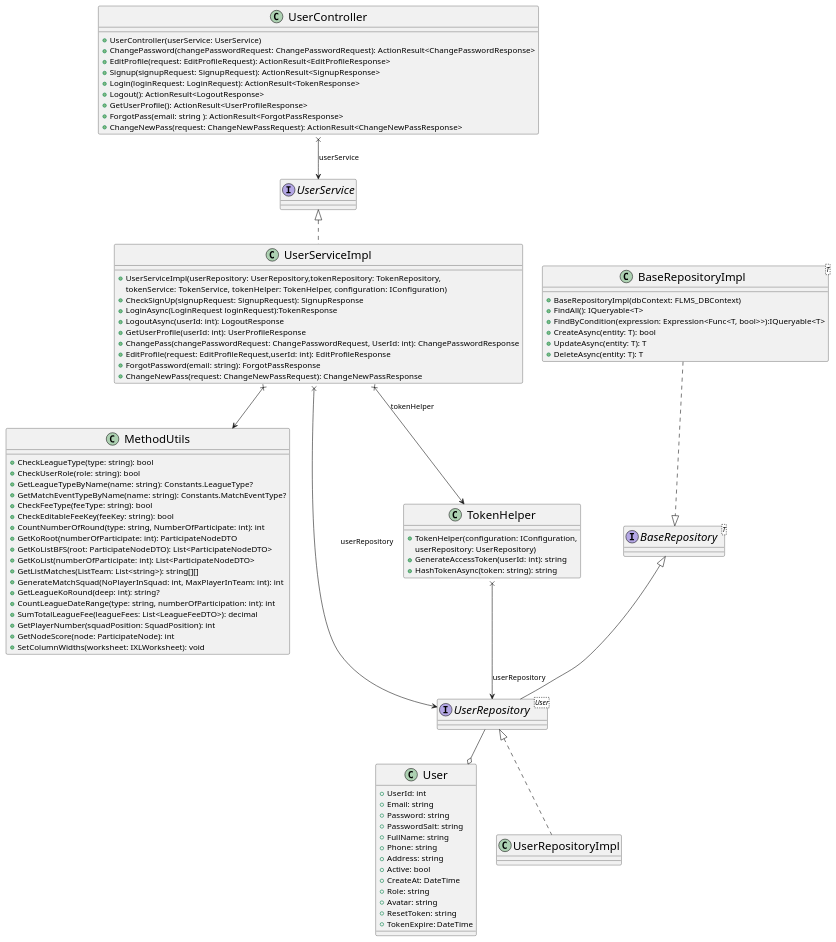
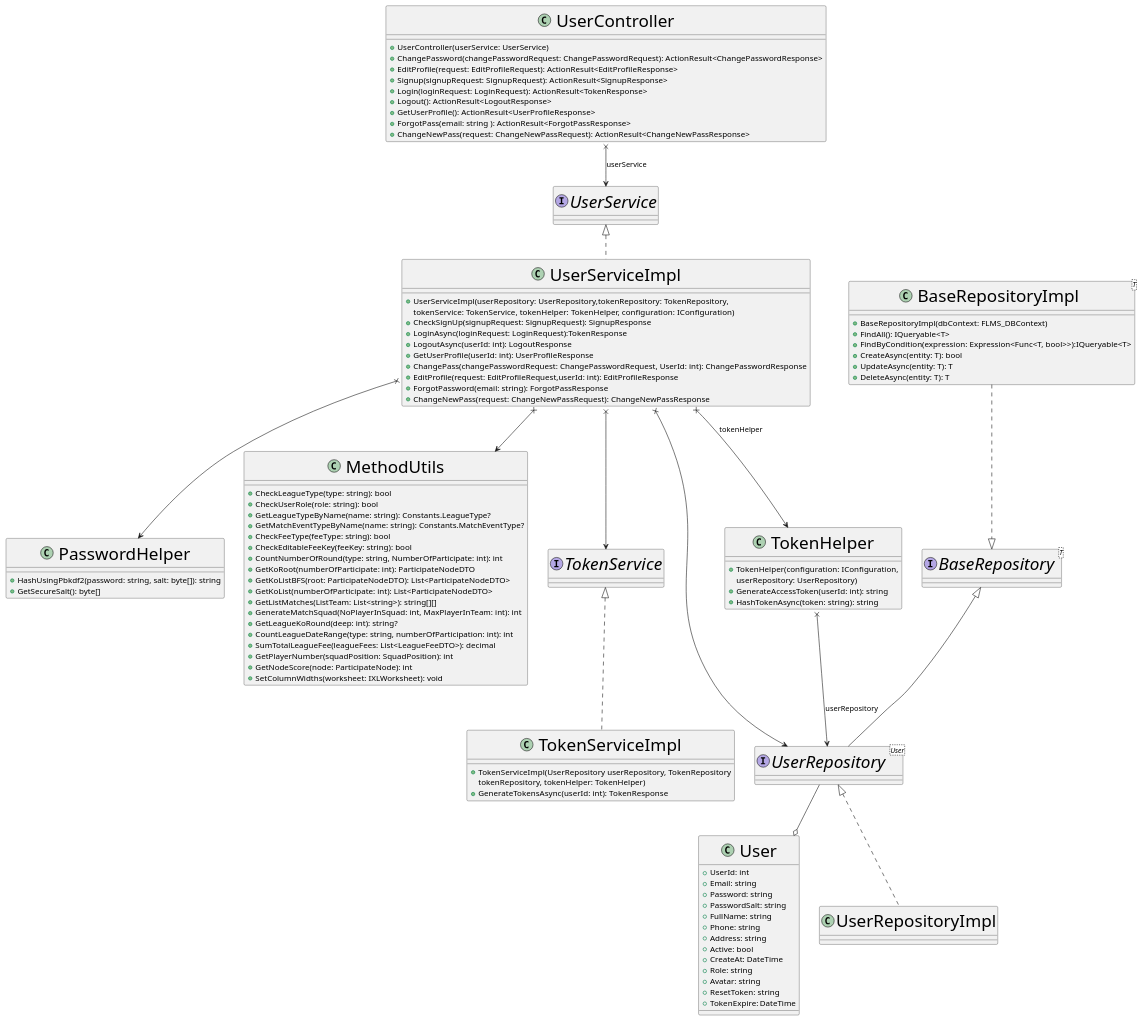
The diagram in Common_feature_for_logged_user/Class_diagram/common_feature_for_logged_user.puml (envydiace/FLMS_Diagram), drawn with PlantUML before and after one commit. The commit also changed 7 other files, not shown here.

```diff
--- a/Common_feature_for_logged_user/Class_diagram/common_feature_for_logged_user.puml
+++ b/Common_feature_for_logged_user/Class_diagram/common_feature_for_logged_user.puml
@@ -1,103 +1,113 @@
 @startuml Common feature for logged user 
 
-skinparam classFontSize 20
+skinparam classFontSize 30
 
 class User {
   +UserId: int
   +Email: string
   +Password: string
   +PasswordSalt: string
   +FullName: string
   +Phone: string
   +Address: string
   +Active: bool
   +CreateAt: DateTime
   +Role: string
   +Avatar: string
   +ResetToken: string
   +TokenExpire:	DateTime
 }
 
-' class PasswordHelper {
-'   +HashUsingPbkdf2(password: string, salt: byte[]): string
-' }
+class PasswordHelper {
+  +HashUsingPbkdf2(password: string, salt: byte[]): string
+  +GetSecureSalt(): byte[] 
+}
 
 class MethodUtils{
   +CheckLeagueType(type: string): bool
   +CheckUserRole(role: string): bool
   +GetLeagueTypeByName(name: string): Constants.LeagueType?
   +GetMatchEventTypeByName(name: string): Constants.MatchEventType?
   +CheckFeeType(feeType: string): bool
   +CheckEditableFeeKey(feeKey: string): bool
   +CountNumberOfRound(type: string, NumberOfParticipate: int): int
   +GetKoRoot(numberOfParticipate: int): ParticipateNodeDTO
   +GetKoListBFS(root: ParticipateNodeDTO): List<ParticipateNodeDTO>
   +GetKoList(numberOfParticipate: int): List<ParticipateNodeDTO>
   +GetListMatches(ListTeam: List<string>): string[][]
   +GenerateMatchSquad(NoPlayerInSquad: int, MaxPlayerInTeam: int): int
   +GetLeagueKoRound(deep: int): string?
   +CountLeagueDateRange(type: string, numberOfParticipation: int): int
   +SumTotalLeagueFee(leagueFees: List<LeagueFeeDTO>): decimal
   +GetPlayerNumber(squadPosition: SquadPosition): int
   +GetNodeScore(node: ParticipateNode): int
   +SetColumnWidths(worksheet: IXLWorksheet): void
 }
 
 class UserController {
   +UserController(userService: UserService)
   +ChangePassword(changePasswordRequest: ChangePasswordRequest): ActionResult<ChangePasswordResponse>
   +EditProfile(request: EditProfileRequest): ActionResult<EditProfileResponse>
   +Signup(signupRequest: SignupRequest): ActionResult<SignupResponse>
   +Login(loginRequest: LoginRequest): ActionResult<TokenResponse>
   +Logout(): ActionResult<LogoutResponse>
   +GetUserProfile(): ActionResult<UserProfileResponse>
   +ForgotPass(email: string ): ActionResult<ForgotPassResponse>
   +ChangeNewPass(request: ChangeNewPassRequest): ActionResult<ChangeNewPassResponse>  
 }
 UserController x--> UserService: userService
 
+interface TokenService
+
+class TokenServiceImpl implements TokenService{
+  +TokenServiceImpl(UserRepository userRepository, TokenRepository 
+  tokenRepository, tokenHelper: TokenHelper)
+  +GenerateTokensAsync(userId: int): TokenResponse
+}
+
 interface UserService
 
 class UserServiceImpl implements UserService {
   +UserServiceImpl(userRepository: UserRepository,tokenRepository: TokenRepository, 
   tokenService: TokenService, tokenHelper: TokenHelper, configuration: IConfiguration)
   +CheckSignUp(signupRequest: SignupRequest): SignupResponse
-  +LoginAsync(LoginRequest loginRequest):TokenResponse
+  +LoginAsync(loginRequest: LoginRequest):TokenResponse
   +LogoutAsync(userId: int): LogoutResponse
   +GetUserProfile(userId: int): UserProfileResponse
   +ChangePass(changePasswordRequest: ChangePasswordRequest, UserId: int): ChangePasswordResponse
   +EditProfile(request: EditProfileRequest,userId: int): EditProfileResponse
   +ForgotPassword(email: string): ForgotPassResponse
   +ChangeNewPass(request: ChangeNewPassRequest): ChangeNewPassResponse
 }
-UserServiceImpl x--> UserRepository: userRepository
-' UserServiceImpl x--> PasswordHelper
+UserServiceImpl x--> UserRepository
+UserServiceImpl x--> PasswordHelper
 UserServiceImpl x--> MethodUtils
 UserServiceImpl x--> TokenHelper: tokenHelper
+UserServiceImpl x--> TokenService
 
 interface BaseRepository<T>
 
 class BaseRepositoryImpl<T> {
   +BaseRepositoryImpl(dbContext: FLMS_DBContext)
   +FindAll(): IQueryable<T>
   +FindByCondition(expression: Expression<Func<T, bool>>):IQueryable<T>
   +CreateAsync(entity: T): bool
   +UpdateAsync(entity: T): T
   +DeleteAsync(entity: T): T
 }
 BaseRepositoryImpl ..|> BaseRepository 
 
 interface UserRepository<User> implements BaseRepository
 UserRepository --o User
 
 class UserRepositoryImpl implements UserRepository
 
 class TokenHelper {
   +TokenHelper(configuration: IConfiguration, 
   userRepository: UserRepository)
   +GenerateAccessToken(userId: int): string
   +HashTokenAsync(token: string): string
 }
 TokenHelper x--> UserRepository: userRepository
 
 @enduml
```
